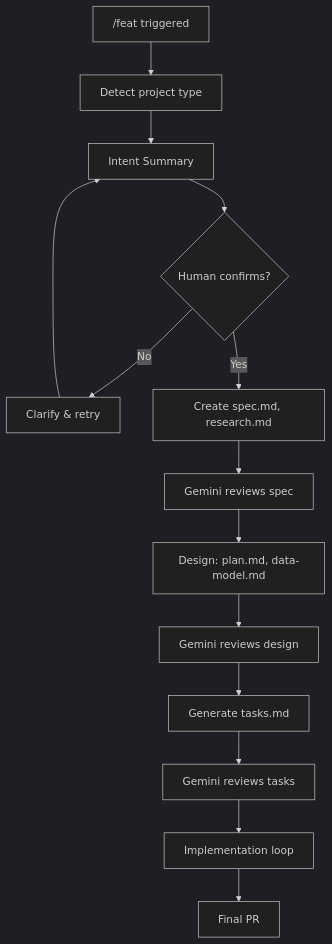
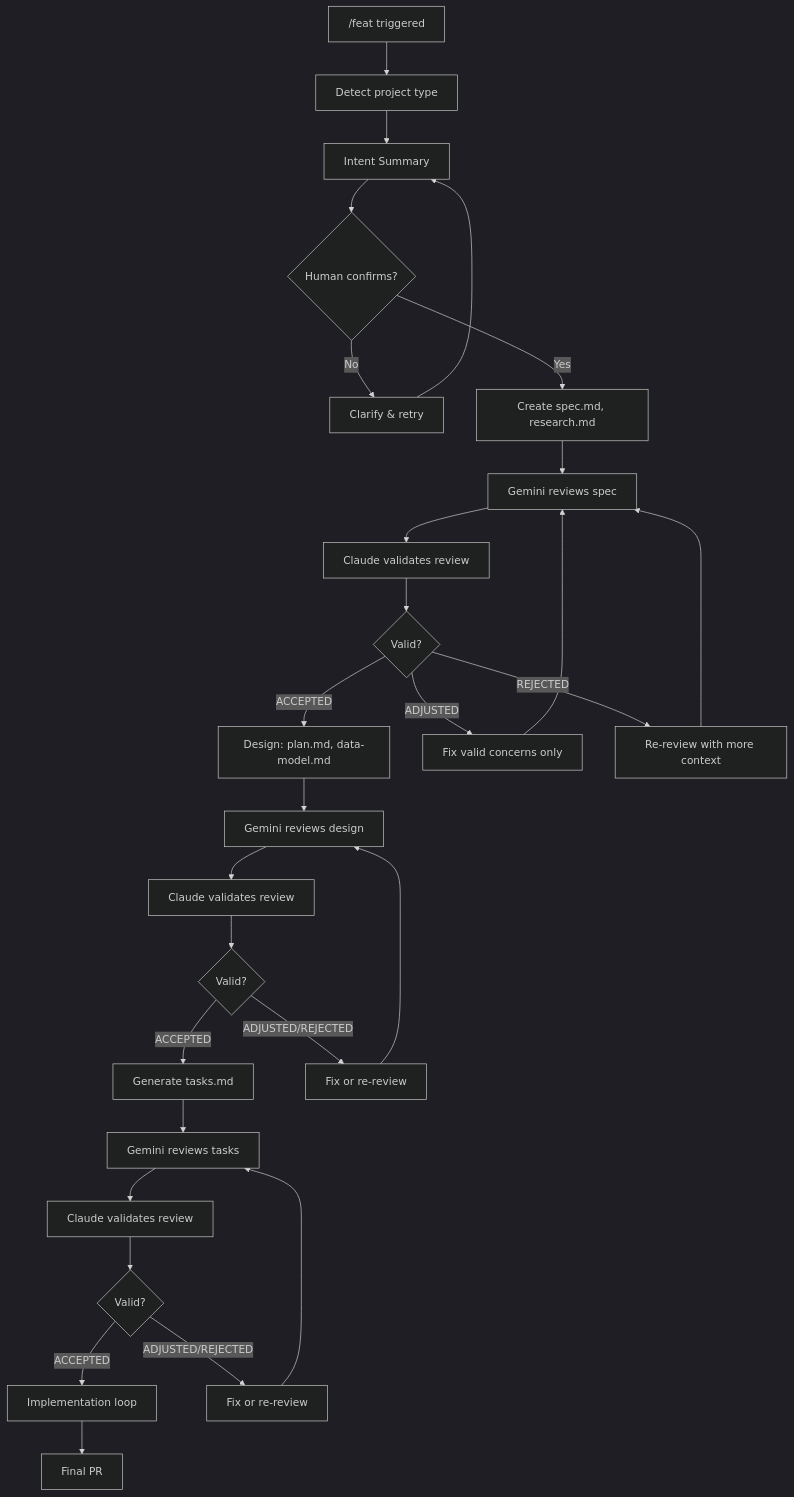
The first of 2 diagrams in commands/feat.md (ksterx/claude-code-configs), drawn with Mermaid (dark theme) before and after one commit. The commit also changed other lines of this file and 8 other files, not shown here.

````diff
--- a/commands/feat.md
+++ b/commands/feat.md
@@ -16,16 +16,30 @@
 ```mermaid
 graph TD
     A["/feat triggered"] --> B["Detect project type"]
     B --> C["Intent Summary"]
     C --> D{Human confirms?}
     D -->|No| E["Clarify & retry"]
     E --> C
     D -->|Yes| F["Create spec.md, research.md"]
     F --> G["Gemini reviews spec"]
-    G --> H["Design: plan.md, data-model.md"]
+    G --> G1["Claude validates review"]
+    G1 --> G2{Valid?}
+    G2 -->|ACCEPTED| H["Design: plan.md, data-model.md"]
+    G2 -->|ADJUSTED| G3["Fix valid concerns only"]
+    G2 -->|REJECTED| G4["Re-review with more context"]
+    G3 --> G
+    G4 --> G
     H --> I["Gemini reviews design"]
-    I --> J["Generate tasks.md"]
+    I --> I1["Claude validates review"]
+    I1 --> I2{Valid?}
+    I2 -->|ACCEPTED| J["Generate tasks.md"]
+    I2 -->|ADJUSTED/REJECTED| I3["Fix or re-review"]
+    I3 --> I
     J --> K["Gemini reviews tasks"]
-    K --> L["Implementation loop"]
+    K --> K1["Claude validates review"]
+    K1 --> K2{Valid?}
+    K2 -->|ACCEPTED| L["Implementation loop"]
+    K2 -->|ADJUSTED/REJECTED| K3["Fix or re-review"]
+    K3 --> K
     L --> M["Final PR"]
 ```
````
